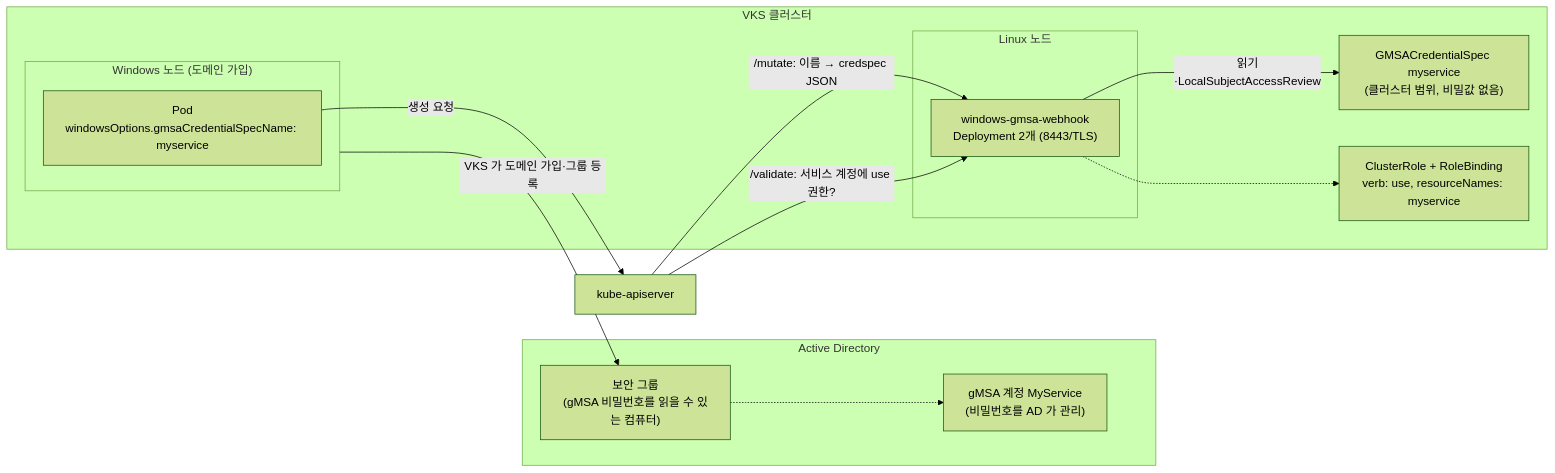
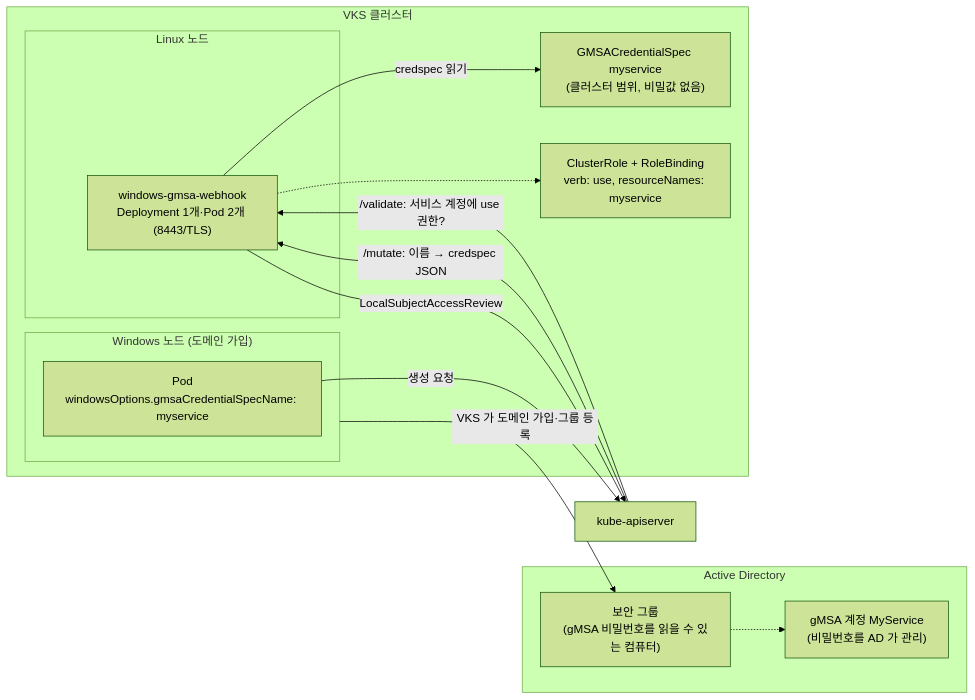
Before and after one commit to kjin17/k8s_study: the diagram in vks-addons/18-windows-gmsa-webhook.md, drawn with Mermaid (forest theme). The commit also changed other lines of this file and 1 other file, not shown here.

````diff
--- a/vks-addons/18-windows-gmsa-webhook.md
+++ b/vks-addons/18-windows-gmsa-webhook.md
@@ -17,25 +17,26 @@
 ```mermaid
 flowchart LR
   subgraph AD["Active Directory"]
     GMSA["gMSA 계정 MyService\n(비밀번호를 AD 가 관리)"]
     SG["보안 그룹\n(gMSA 비밀번호를 읽을 수 있는 컴퓨터)"]
   end
   subgraph cluster["VKS 클러스터"]
     CS["GMSACredentialSpec myservice\n(클러스터 범위, 비밀값 없음)"]
     RB["ClusterRole + RoleBinding\nverb: use, resourceNames: myservice"]
     subgraph lin["Linux 노드"]
-      WH["windows-gmsa-webhook\nDeployment 2개 (8443/TLS)"]
+      WH["windows-gmsa-webhook\nDeployment 1개·Pod 2개 (8443/TLS)"]
     end
     subgraph win["Windows 노드 (도메인 가입)"]
       POD["Pod\nwindowsOptions.gmsaCredentialSpecName: myservice"]
     end
   end
   API["kube-apiserver"]
   POD -->|"생성 요청"| API
   API -->|"/mutate: 이름 → credspec JSON"| WH
   API -->|"/validate: 서비스 계정에 use 권한?"| WH
-  WH -->|"읽기·LocalSubjectAccessReview"| CS
+  WH -->|"credspec 읽기"| CS
+  WH -->|"LocalSubjectAccessReview"| API
   WH -.-> RB
   win -->|"VKS 가 도메인 가입·그룹 등록"| SG
   SG -.-> GMSA
 ```
````
